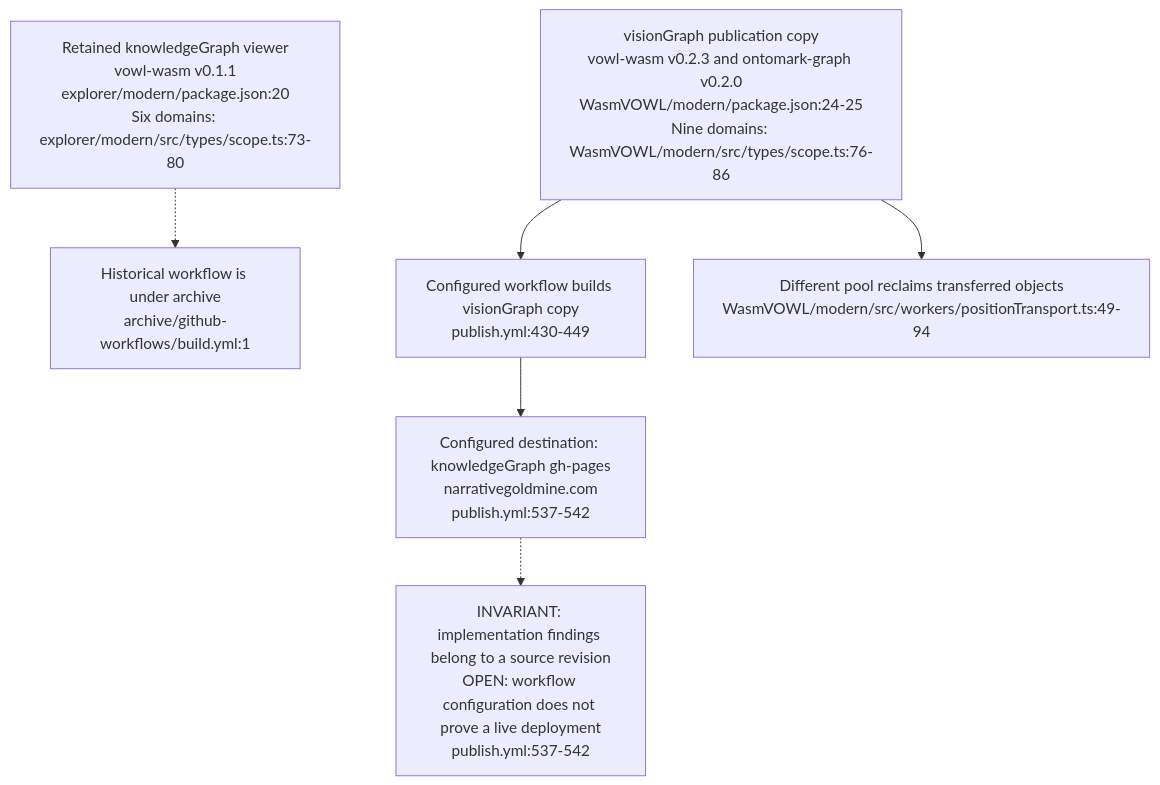
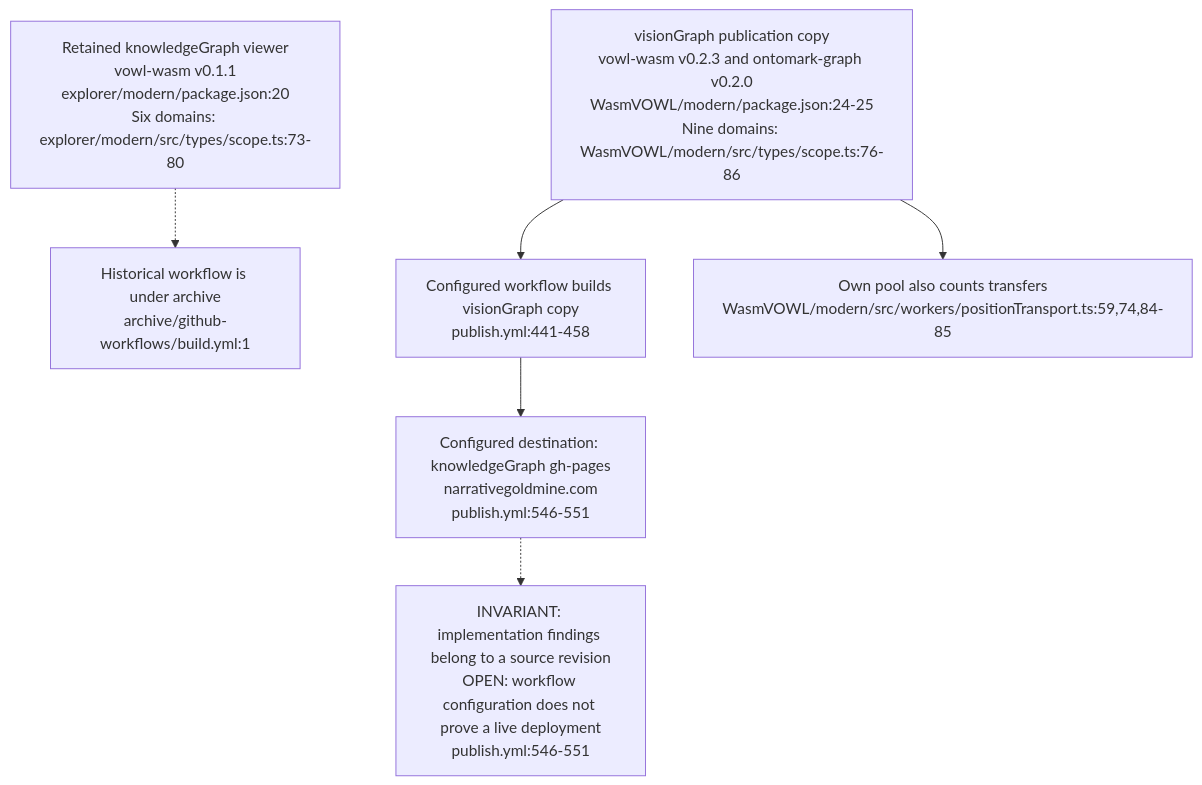
The fifth of 5 diagrams in docs/diagrams/knowledgegraph/04-explorer-and-site-build.md (DreamLab-AI/VisionFlow), drawn with Mermaid before and after one commit. The commit also changed other lines of this file and 70 other files, not shown here.

First line of the commit message:
docs(diagrams): re-verify 69 topics at current default-branch heads

````diff
--- a/docs/diagrams/knowledgegraph/04-explorer-and-site-build.md
+++ b/docs/diagrams/knowledgegraph/04-explorer-and-site-build.md
@@ -135,14 +137,14 @@
 ```mermaid
 flowchart TB
     KG["Retained knowledgeGraph viewer<br/>vowl-wasm v0.1.1<br/>explorer/modern/package.json:20<br/>Six domains: explorer/modern/src/types/scope.ts:73-80"]
     ARCH["Historical workflow is under archive<br/>archive/github-workflows/build.yml:1"]
     VG["visionGraph publication copy<br/>vowl-wasm v0.2.3 and ontomark-graph v0.2.0<br/>WasmVOWL/modern/package.json:24-25<br/>Nine domains: WasmVOWL/modern/src/types/scope.ts:76-86"]
-    BUILD["Configured workflow builds visionGraph copy<br/>publish.yml:430-449"]
-    SITE["Configured destination: knowledgeGraph gh-pages<br/>narrativegoldmine.com<br/>publish.yml:537-542"]
-    POOL["Different pool reclaims transferred objects<br/>WasmVOWL/modern/src/workers/positionTransport.ts:49-94"]
+    BUILD["Configured workflow builds visionGraph copy<br/>publish.yml:441-458"]
+    SITE["Configured destination: knowledgeGraph gh-pages<br/>narrativegoldmine.com<br/>publish.yml:546-551"]
+    POOL["Own pool also counts transfers<br/>WasmVOWL/modern/src/workers/positionTransport.ts:59,74,84-85"]
     KG -.-> ARCH
     VG --> BUILD --> SITE
     VG --> POOL
-    NOTE["INVARIANT: implementation findings belong to a source revision<br/>OPEN: workflow configuration does not prove a live deployment<br/>publish.yml:537-542"]
+    NOTE["INVARIANT: implementation findings belong to a source revision<br/>OPEN: workflow configuration does not prove a live deployment<br/>publish.yml:546-551"]
     SITE -.-> NOTE
 ```
````
